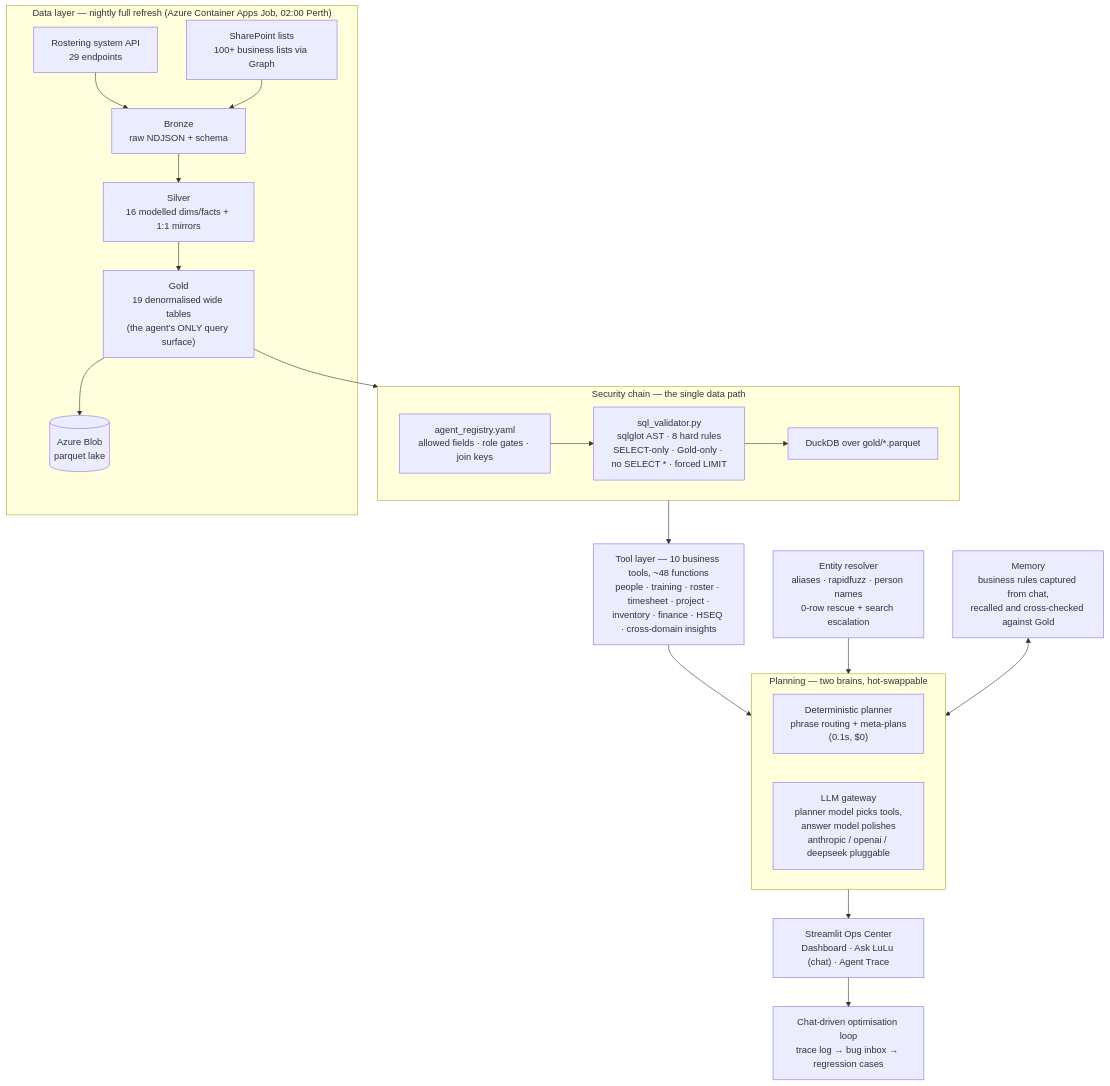
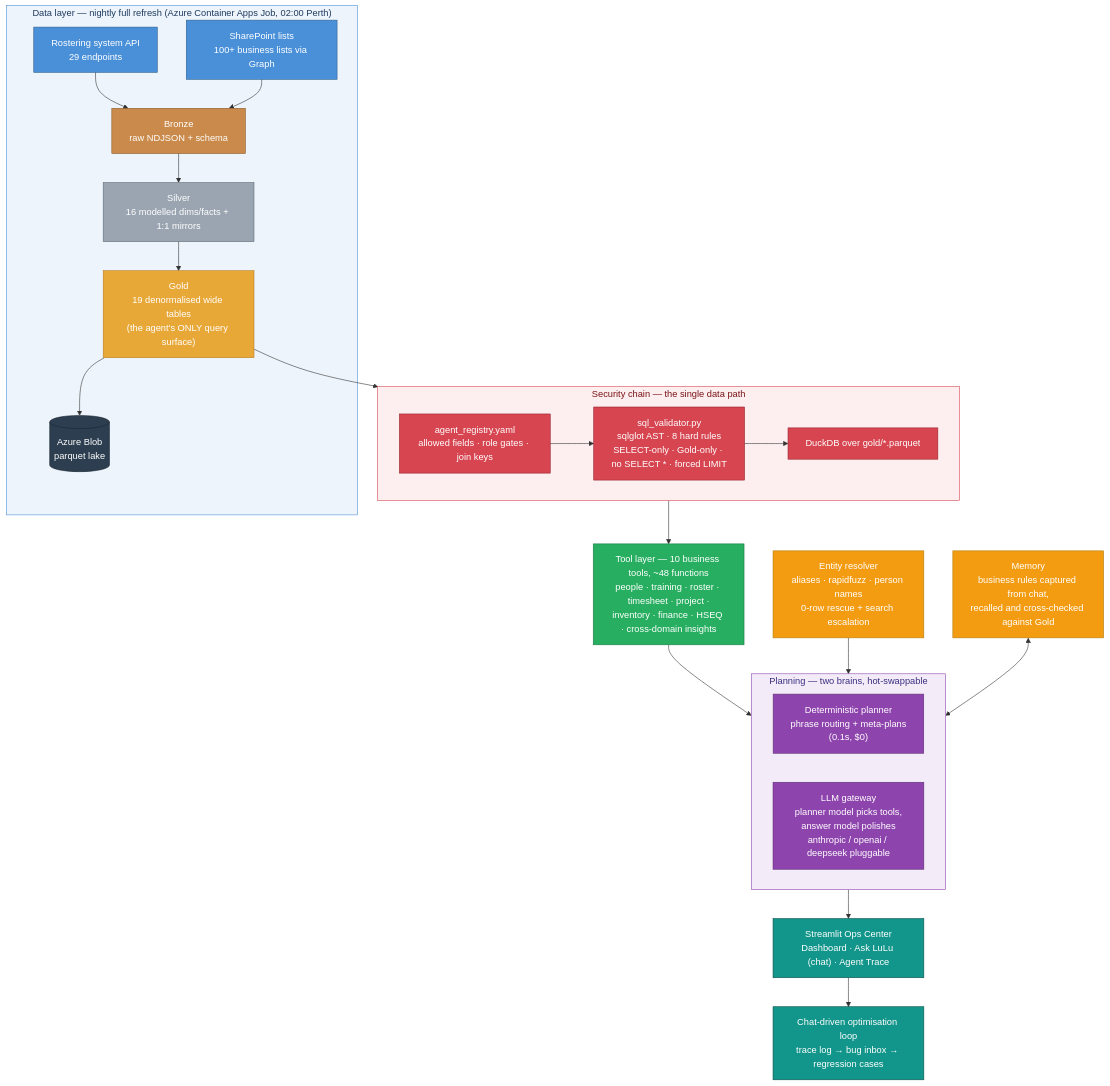
Before and after one commit to Pearlluo/lulu-ops-agent: the diagram in README.md, drawn with Mermaid.

Commit message:
Colour the architecture diagram (layered palette, security chain highlighted)

````diff
--- a/README.md
+++ b/README.md
@@ -29,31 +29,57 @@
 ```mermaid
 flowchart TD
     subgraph DATA ["Data layer — nightly full refresh (Azure Container Apps Job, 02:00 Perth)"]
         OPMS["Rostering system API<br/>29 endpoints"] --> BR["Bronze<br/>raw NDJSON + schema"]
         SP["SharePoint lists<br/>100+ business lists via Graph"] --> BR
         BR --> SV["Silver<br/>16 modelled dims/facts + 1:1 mirrors"] --> GD["Gold<br/>19 denormalised wide tables<br/>(the agent's ONLY query surface)"]
         GD --> BLOB[("Azure Blob<br/>parquet lake")]
     end
 
     GD --> CHAIN
 
     subgraph CHAIN ["Security chain — the single data path"]
         REG["agent_registry.yaml<br/>allowed fields · role gates · join keys"] --> VAL["sql_validator.py<br/>sqlglot AST · 8 hard rules<br/>SELECT-only · Gold-only · no SELECT * · forced LIMIT"]
         VAL --> DUCK["DuckDB over gold/*.parquet"]
     end
 
     CHAIN --> TOOLS["Tool layer — 10 business tools, ~48 functions<br/>people · training · roster · timesheet · project ·<br/>inventory · finance · HSEQ · cross-domain insights"]
 
     TOOLS --> PLAN
 
     subgraph PLAN ["Planning — two brains, hot-swappable"]
         DET["Deterministic planner<br/>phrase routing + meta-plans<br/>(0.1s, $0)"]
         LLM["LLM gateway<br/>planner model picks tools,<br/>answer model polishes<br/>anthropic / openai / deepseek pluggable"]
     end
 
     ER["Entity resolver<br/>aliases · rapidfuzz · person names<br/>0-row rescue + search escalation"] --> PLAN
     MEM["Memory<br/>business rules captured from chat,<br/>recalled and cross-checked against Gold"] <--> PLAN
 
     PLAN --> UI["Streamlit Ops Center<br/>Dashboard · Ask LuLu (chat) · Agent Trace"]
     UI --> LOOP["Chat-driven optimisation loop<br/>trace log → bug inbox → regression cases"]
+
+    classDef source fill:#4A90D9,stroke:#2C5F8A,color:#fff
+    classDef bronze fill:#c98a4b,stroke:#8a5a2a,color:#fff
+    classDef silver fill:#9aa5b1,stroke:#5f6b78,color:#fff
+    classDef gold fill:#E8A838,stroke:#B87E20,color:#fff
+    classDef lake fill:#2C3E50,stroke:#1A252F,color:#fff
+    classDef guard fill:#D64550,stroke:#96222c,color:#fff
+    classDef tools fill:#27AE60,stroke:#1A7A42,color:#fff
+    classDef brain fill:#8E44AD,stroke:#5E2D73,color:#fff
+    classDef helper fill:#F39C12,stroke:#B07D0E,color:#fff
+    classDef ui fill:#12958a,stroke:#0b4f4a,color:#fff
+
+    class OPMS,SP source
+    class BR bronze
+    class SV silver
+    class GD gold
+    class BLOB lake
+    class REG,VAL,DUCK guard
+    class TOOLS tools
+    class DET,LLM brain
+    class ER,MEM helper
+    class UI,LOOP ui
+
+    style DATA fill:#eef4fb,stroke:#4A90D9,color:#1e3a5f
+    style CHAIN fill:#fdeeef,stroke:#D64550,color:#7a1417
+    style PLAN fill:#f3ecf8,stroke:#8E44AD,color:#3d2e80
 ```
````
